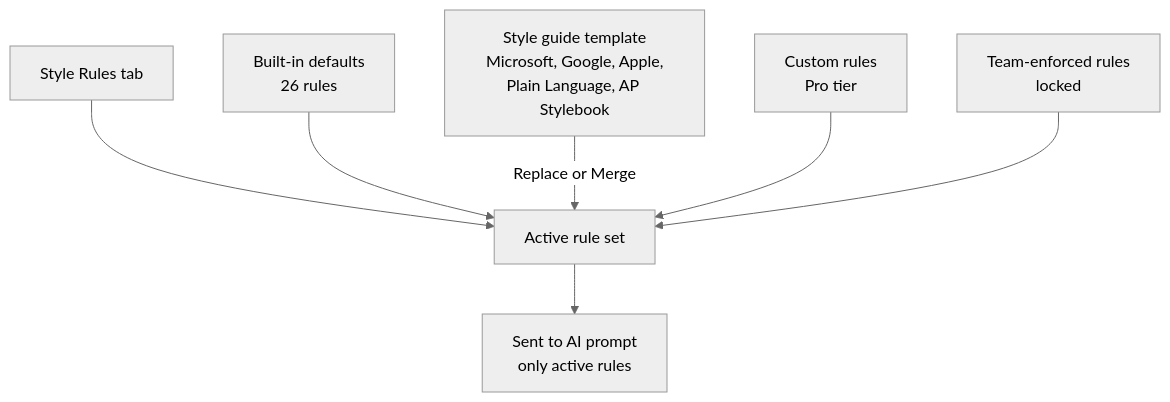
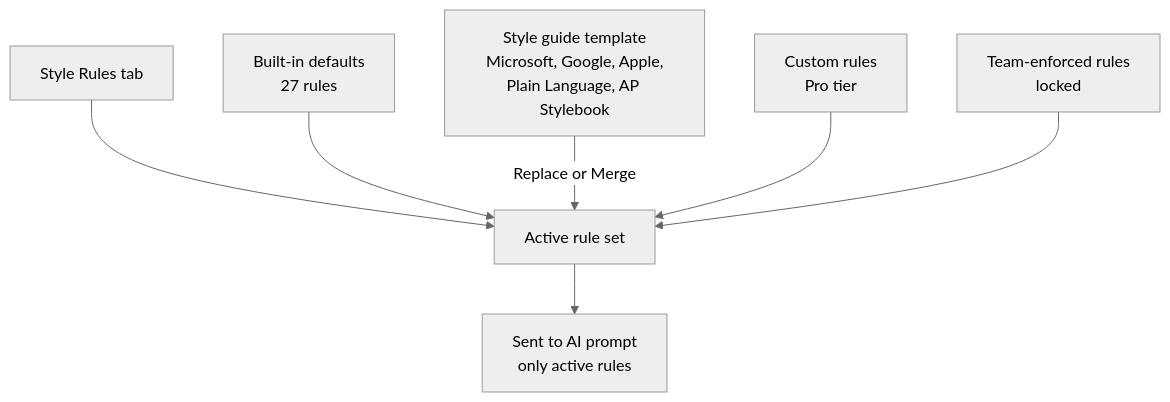
The diagram in content/docs/settings.md (pixlngrid/techwrit-ai-docs), drawn with Mermaid (neutral theme) before and after one commit. The commit also changed other lines of this file and 1 other file, not shown here.

````diff
--- a/content/docs/settings.md
+++ b/content/docs/settings.md
@@ -71,9 +72,9 @@
 ```mermaid
 flowchart TD
     A[Style Rules tab] --> B[Active rule set]
-    C[Built-in defaults<br/>26 rules] --> B
+    C[Built-in defaults<br/>27 rules] --> B
     D[Style guide template<br/>Microsoft, Google, Apple,<br/>Plain Language, AP Stylebook] -->|Replace or Merge| B
     E[Custom rules<br/>Pro tier] --> B
     F[Team-enforced rules<br/>locked] --> B
     B --> G[Sent to AI prompt<br/>only active rules]
 ```
````
